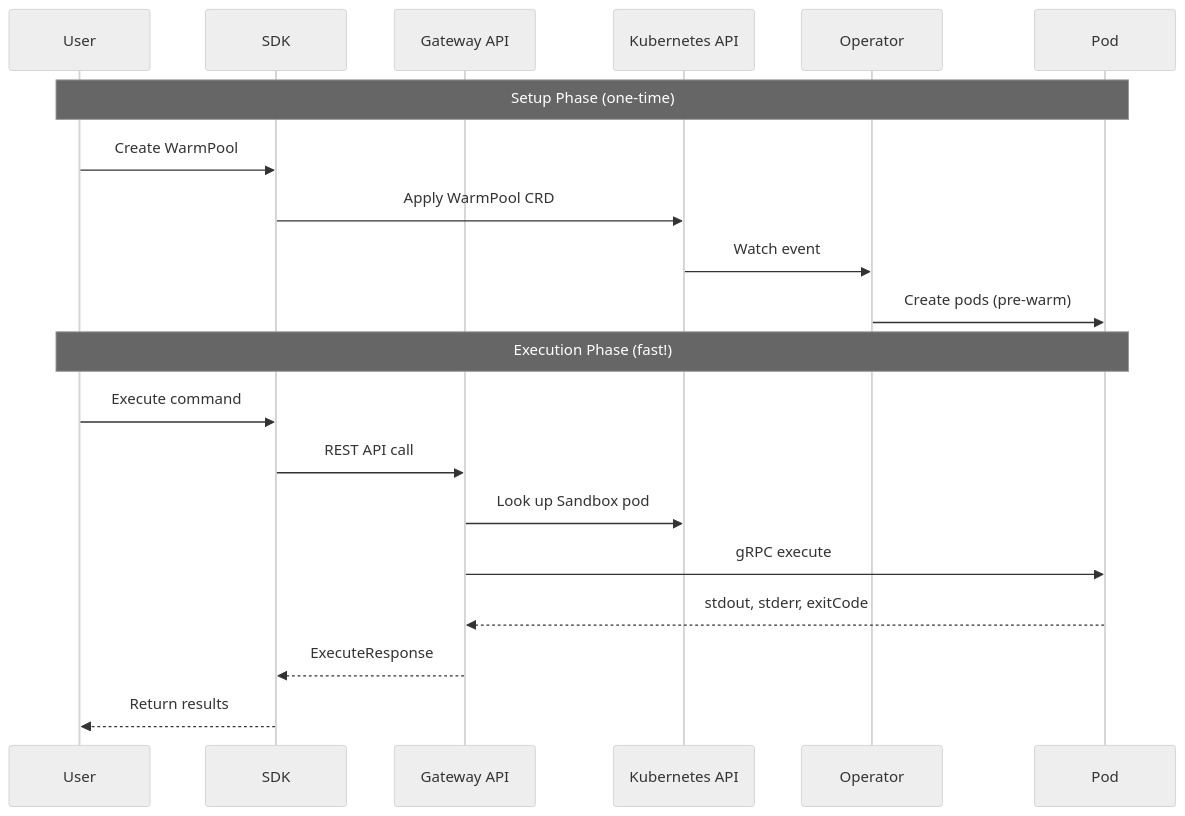
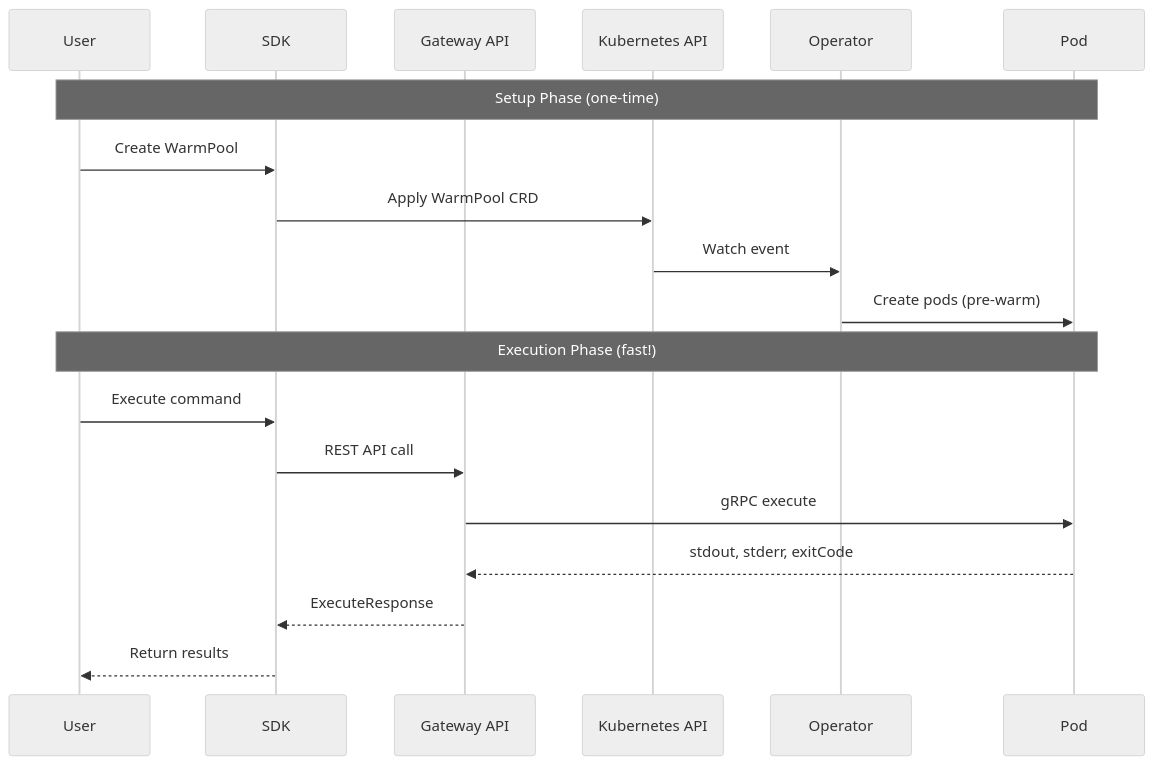
One commit to Lincyaw/agent-env changed the third of 3 diagrams in docs/getting-started/overview.md. Above: the diagram before and after it, drawn with Mermaid (neutral theme). The commit also changed other lines of this file and 11 other files, not shown here.

````diff
--- a/docs/getting-started/overview.md
+++ b/docs/getting-started/overview.md
@@ -69,24 +60,23 @@
 ```mermaid
 sequenceDiagram
     participant User
     participant SDK
     participant Gateway as Gateway API
     participant K8s as Kubernetes API
     participant Operator
     participant Pod
 
     Note over User,Pod: Setup Phase (one-time)
     User->>SDK: Create WarmPool
     SDK->>K8s: Apply WarmPool CRD
     K8s->>Operator: Watch event
     Operator->>Pod: Create pods (pre-warm)
 
     Note over User,Pod: Execution Phase (fast!)
     User->>SDK: Execute command
     SDK->>Gateway: REST API call
-    Gateway->>K8s: Look up Sandbox pod
     Gateway->>Pod: gRPC execute
     Pod-->>Gateway: stdout, stderr, exitCode
     Gateway-->>SDK: ExecuteResponse
     SDK-->>User: Return results
 ```
````
